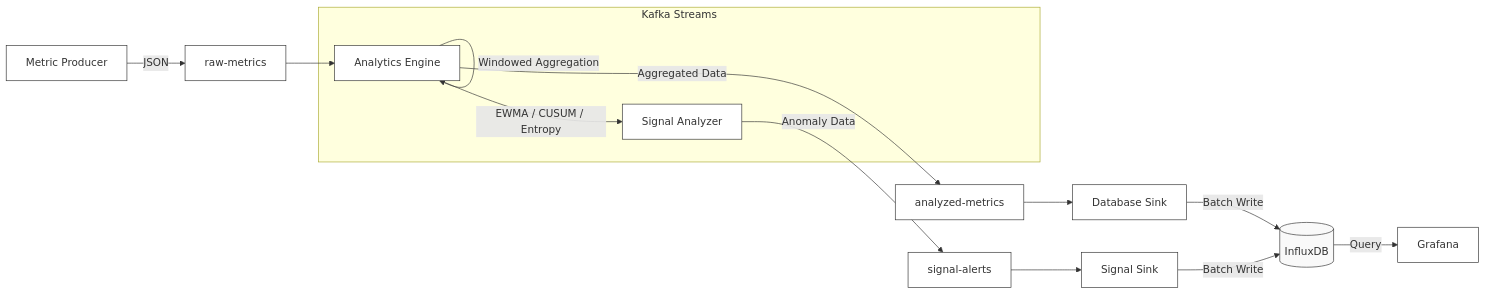
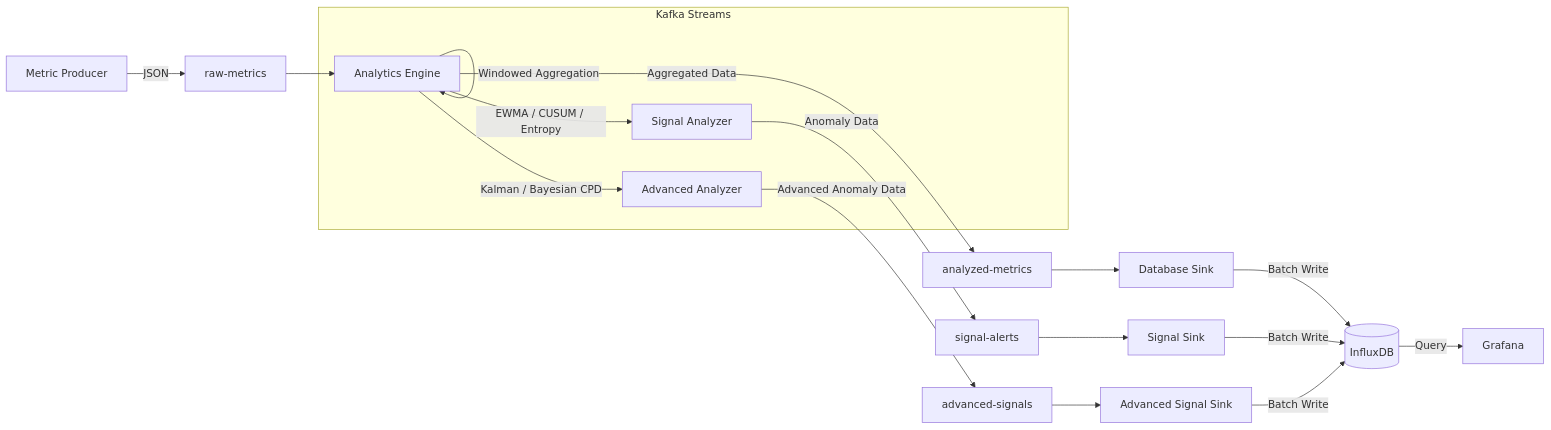
One commit to vinamras19/observability-engine changed the diagram in README.md. Above: the diagram before and after it, drawn with Mermaid. The commit also changed other lines of this file, not shown here.

Commit message:
docs: update application architecture and add Kalman/Bayesian signal analysis documentation

````diff
--- a/README.md
+++ b/README.md
@@ -27,26 +27,23 @@
 ```mermaid
 graph LR
-    %% Components
     Prod[Metric Producer] -->|JSON| T1[raw-metrics]
     T1 --> Engine[Analytics Engine]
     
     subgraph "Kafka Streams"
         Engine -->|Windowed Aggregation| Engine
         Engine -->|EWMA / CUSUM / Entropy| Signal[Signal Analyzer]
+        Engine -->|Kalman / Bayesian CPD| Advanced[Advanced Analyzer]
     end
     
     Engine -->|Aggregated Data| T2[analyzed-metrics]
     Signal -->|Anomaly Data| T3[signal-alerts]
+    Advanced -->|Advanced Anomaly Data| T4[advanced-signals]
     T2 --> Sink[Database Sink]
     T3 --> SSink[Signal Sink]
+    T4 --> ASink[Advanced Signal Sink]
     
     Sink -->|Batch Write| DB[(InfluxDB)]
     SSink -->|Batch Write| DB
+    ASink -->|Batch Write| DB
     DB -->|Query| Dash[Grafana]
-
-    %% Styling
-    classDef plain fill:#fff,stroke:#333,stroke-width:1px;
-    classDef db fill:#f9f9f9,stroke:#333,stroke-width:1px;
-    class Prod,Engine,Signal,Sink,SSink,T1,T2,T3,Dash plain;
-    class DB db;
 ```
````
